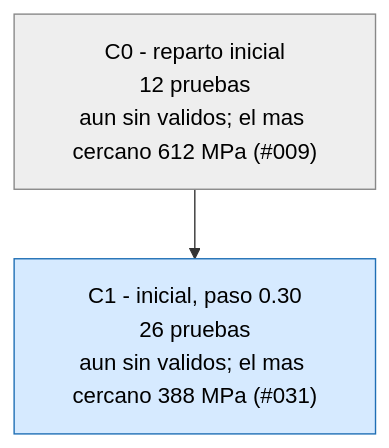
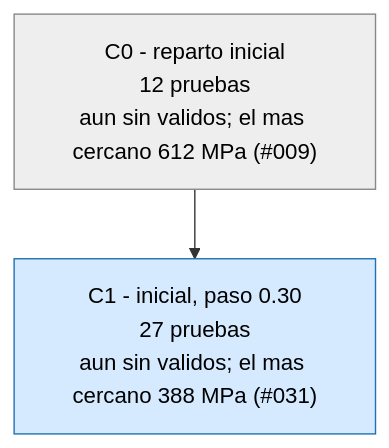
The third of 3 diagrams in runs/opt_37800N/ARBOL.md (Hugiko/msd-soporte-optimizacion), drawn with Mermaid before and after one commit. The commit also changed 19 other files, not shown here.

````diff
--- a/runs/opt_37800N/ARBOL.md
+++ b/runs/opt_37800N/ARBOL.md
@@ -37,9 +37,9 @@
 ```mermaid
 graph TD
 classDef activa fill:#d6eaff,stroke:#1f6fb5,color:#000
 classDef fin fill:#eeeeee,stroke:#888,color:#000
 classDef mejor fill:#c8f0c0,stroke:#1a9850,stroke-width:4px,color:#000
 C0["C0 - reparto inicial<br/>12 pruebas<br/>aun sin validos; el mas cercano 612 MPa (#009)"]:::fin
-C1["C1 - inicial, paso 0.30<br/>26 pruebas<br/>aun sin validos; el mas cercano 388 MPa (#031)"]:::activa
+C1["C1 - inicial, paso 0.30<br/>27 pruebas<br/>aun sin validos; el mas cercano 388 MPa (#031)"]:::activa
 C0 --> C1
 ```
````
